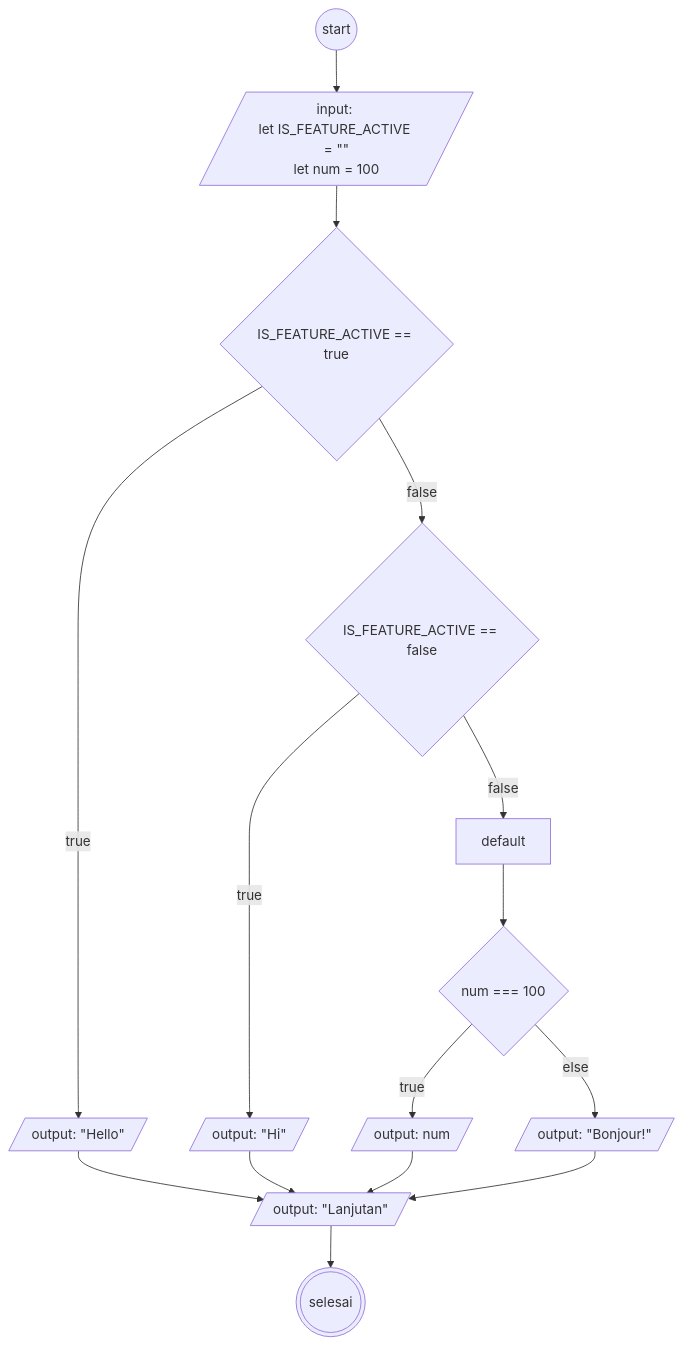
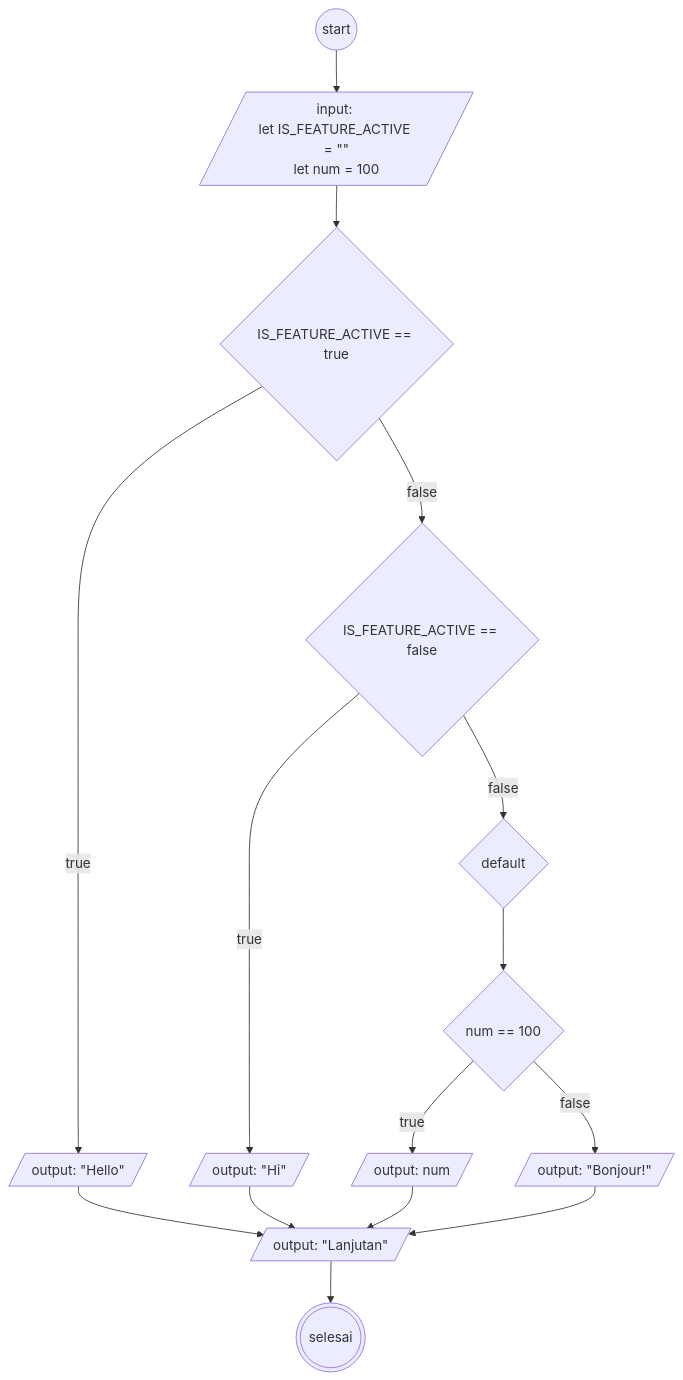
Before and after one commit to mslthn/koda-b6-javascript1: the diagram in flowchart-switch.md, drawn with Mermaid.

````diff
--- a/flowchart-switch.md
+++ b/flowchart-switch.md
@@ -1,34 +1,34 @@
 ```mermaid
 flowchart TD
 
 start@{shape: circ}
 init@{shape: lean-r, label: "input: 
 let IS_FEATURE_ACTIVE = #quot;#quot;
 let num = 100"}
 
 swT@{shape: diamond, label: "IS_FEATURE_ACTIVE == true"}
 swF@{shape: diamond, label: "IS_FEATURE_ACTIVE == false"}
 caseT@{shape: lean-r, label: "output: #quot;Hello#quot;"}
 caseF@{shape: lean-r, label: "output: #quot;Hi#quot;"}
-default@{}
-if@{shape: diamond, label: "num === 100"}
+default@{shape: diamond}
+if@{shape: diamond, label: "num == 100"}
 ifT@{shape: lean-r, label: "output: num"}
 else@{shape: lean-r, label: "output: #quot;Bonjour!#quot;"}
 lanjutan@{shape: lean-r, label: "output: #quot;Lanjutan#quot;"}
 selesai@{shape: dbl-circ}
 
 start-->init
 init-->swT-->|true| caseT
 swT-->|false| swF
 swF-->|true| caseF
 swF-->|false| default
 
 default-->if
 if-->|true| ifT
-if-->|else| else
+if-->|false| else
 caseT-->lanjutan
 caseF-->lanjutan
 ifT--> lanjutan
 else-->lanjutan
 lanjutan-->selesai
 ```
````
